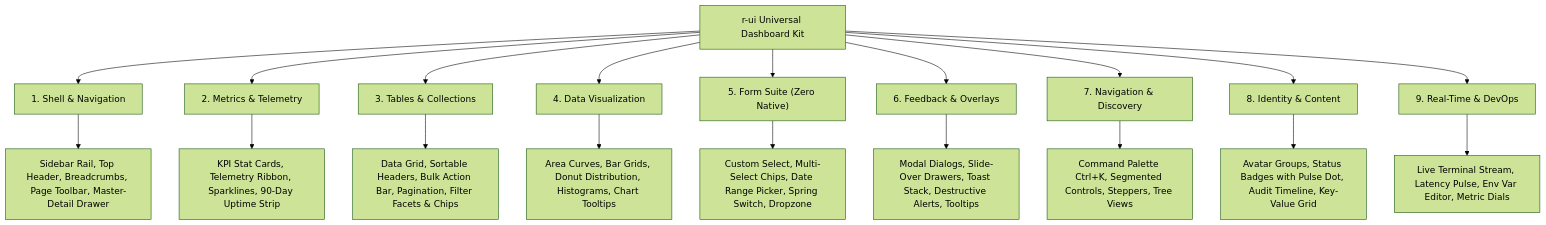
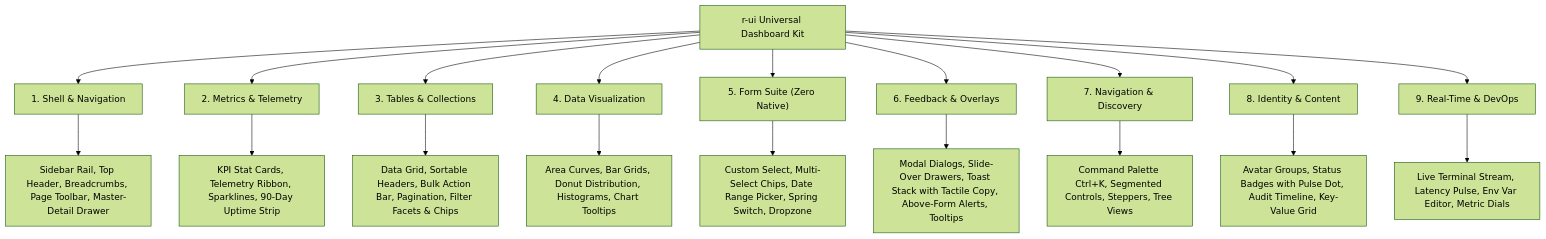
One commit to RudyCity/superagent changed the diagram in .agents/skills/r-ui/README.md. Above: the diagram before and after it, drawn with Mermaid (forest theme). The commit also changed other lines of this file and 7 other files, not shown here.

Commit message:
feat(r-ui): upgrade to v3.5.0 with actionable copyable toasts and above-form contextual page alerts

````diff
--- a/.agents/skills/r-ui/README.md
+++ b/.agents/skills/r-ui/README.md
@@ -60,24 +60,24 @@
 ```mermaid
 flowchart TD
     Dashboard["r-ui Universal Dashboard Kit"]
     
     Dashboard --> P1["1. Shell & Navigation"]
     Dashboard --> P2["2. Metrics & Telemetry"]
     Dashboard --> P3["3. Tables & Collections"]
     Dashboard --> P4["4. Data Visualization"]
     Dashboard --> P5["5. Form Suite (Zero Native)"]
     Dashboard --> P6["6. Feedback & Overlays"]
     Dashboard --> P7["7. Navigation & Discovery"]
     Dashboard --> P8["8. Identity & Content"]
     Dashboard --> P9["9. Real-Time & DevOps"]
 
     P1 --> P1_items["Sidebar Rail, Top Header, Breadcrumbs, Page Toolbar, Master-Detail Drawer"]
     P2 --> P2_items["KPI Stat Cards, Telemetry Ribbon, Sparklines, 90-Day Uptime Strip"]
     P3 --> P3_items["Data Grid, Sortable Headers, Bulk Action Bar, Pagination, Filter Facets & Chips"]
     P4 --> P4_items["Area Curves, Bar Grids, Donut Distribution, Histograms, Chart Tooltips"]
     P5 --> P5_items["Custom Select, Multi-Select Chips, Date Range Picker, Spring Switch, Dropzone"]
-    P6 --> P6_items["Modal Dialogs, Slide-Over Drawers, Toast Stack, Destructive Alerts, Tooltips"]
+    P6 --> P6_items["Modal Dialogs, Slide-Over Drawers, Toast Stack with Tactile Copy, Above-Form Alerts, Tooltips"]
     P7 --> P7_items["Command Palette Ctrl+K, Segmented Controls, Steppers, Tree Views"]
     P8 --> P8_items["Avatar Groups, Status Badges with Pulse Dot, Audit Timeline, Key-Value Grid"]
     P9 --> P9_items["Live Terminal Stream, Latency Pulse, Env Var Editor, Metric Dials"]
 ```
````
